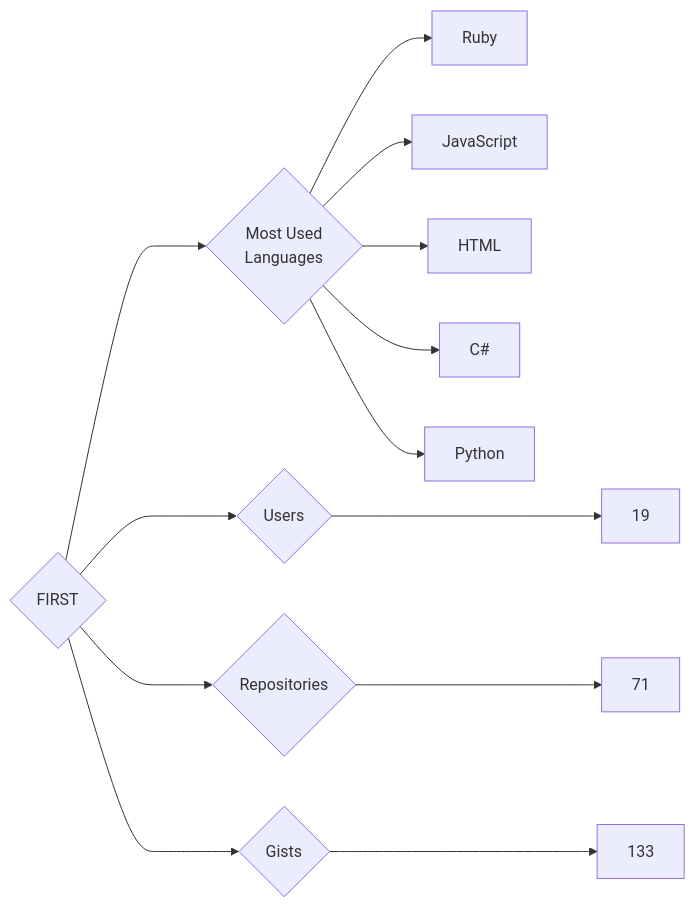
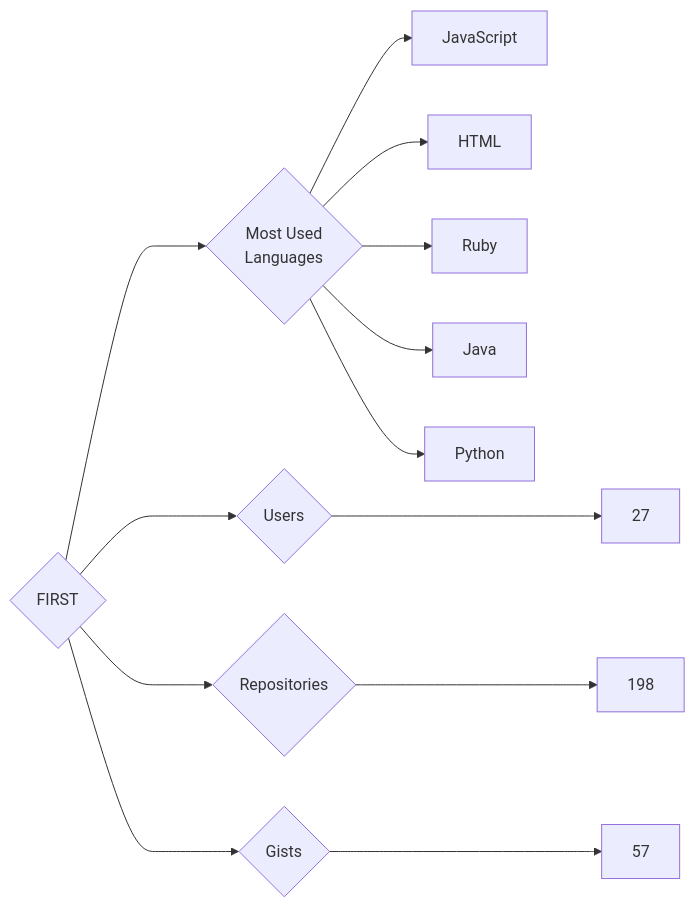
The diagram in targets/FIRST/README.md (trickest/insiders), drawn with Mermaid before and after one commit. The commit also changed 861 other files, not shown here.

````diff
--- a/targets/FIRST/README.md
+++ b/targets/FIRST/README.md
@@ -3,13 +3,13 @@
 ```mermaid
 graph LR
 COMPANY_NAME{FIRST}
-COMPANY_NAME ---> U{Users} ---> UN[19]
-COMPANY_NAME ---> R{Repositories} ---> RN[71]
-COMPANY_NAME ---> G{Gists} ---> GN[133]
+COMPANY_NAME ---> U{Users} ---> UN[27]
+COMPANY_NAME ---> R{Repositories} ---> RN[198]
+COMPANY_NAME ---> G{Gists} ---> GN[57]
 COMPANY_NAME ---> ML{Most Used<br>Languages}
-ML --> Ruby[Ruby]
 ML --> JavaScript[JavaScript]
 ML --> HTML[HTML]
-ML --> C#[C#]
+ML --> Ruby[Ruby]
+ML --> Java[Java]
 ML --> Python[Python]
 ```
````
